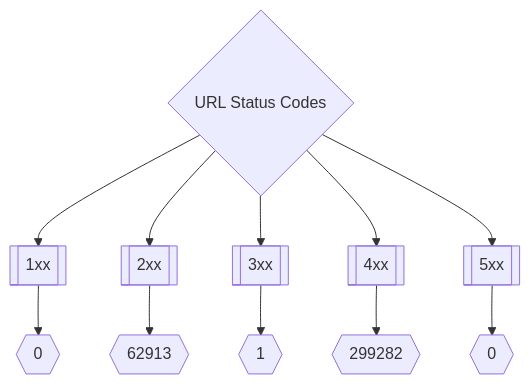
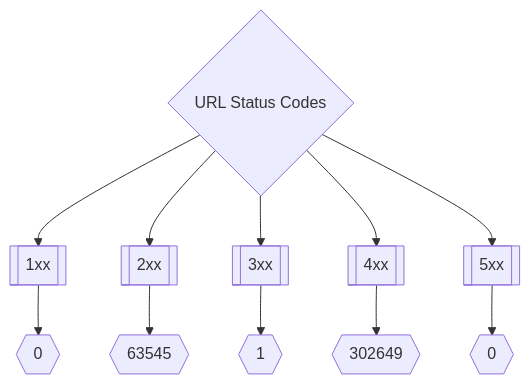
The second of 3 diagrams in README.md (trickest/inventory), drawn with Mermaid before and after one commit. The commit also changed other lines of this file, not shown here.

Commit message:
Update Thu Apr 21 14:12:10 UTC 2022

````diff
--- a/README.md
+++ b/README.md
@@ -173,8 +173,8 @@
 ```mermaid
 graph TD
 title{URL Status Codes} --> 1xx[[1xx]] --> status1xxNum{{0}}
-title --> 2xx[[2xx]] --> status2xxNum{{62913}}
+title --> 2xx[[2xx]] --> status2xxNum{{63545}}
 title --> 3xx[[3xx]] --> status3xxNum{{1}}
-title --> 4xx[[4xx]] --> status4xxNum{{299282}}
+title --> 4xx[[4xx]] --> status4xxNum{{302649}}
 title --> 5xx[[5xx]] --> status5xxNum{{0}}
 ```
````
